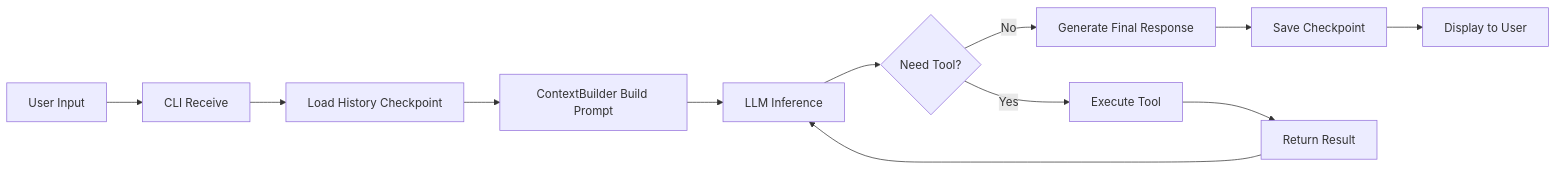
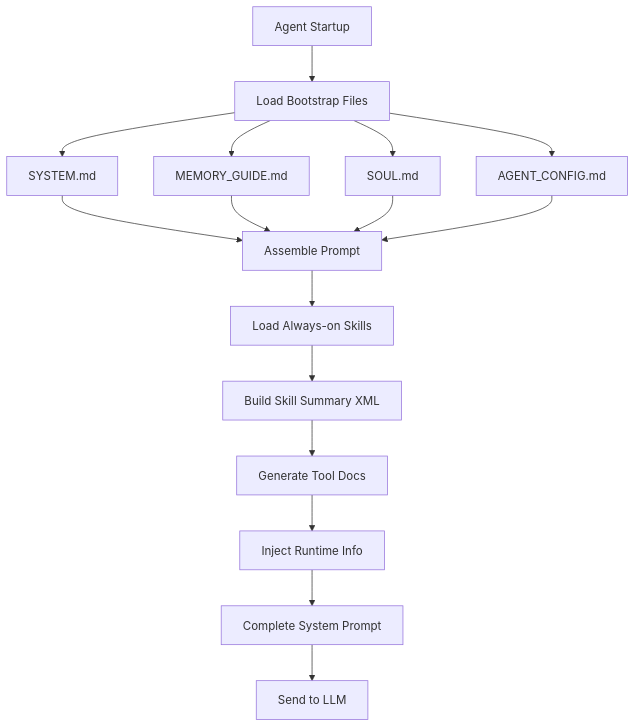
Before and after one commit to xt765/FinchBot: the third of 3 diagrams in README.md, drawn with Mermaid. The commit also changed other lines of this file and 9 other files, not shown here.

````diff
--- a/README.md
+++ b/README.md
@@ -358,14 +340,21 @@
 ```mermaid
-graph LR
-    A[User Input] --> B[CLI Receive]
-    B --> C[Load History Checkpoint]
-    C --> D[ContextBuilder Build Prompt]
-    D --> E[LLM Inference]
-    E --> F{Need Tool?}
-    F -->|No| G[Generate Final Response]
-    F -->|Yes| H[Execute Tool]
-    H --> I[Return Result]
-    I --> E
-    G --> J[Save Checkpoint]
-    J --> K[Display to User]
+flowchart TD
+    A[Agent Startup] --> B[Load Bootstrap Files]
+    B --> C[SYSTEM.md]
+    B --> D[MEMORY_GUIDE.md]
+    B --> E[SOUL.md]
+    B --> F[AGENT_CONFIG.md]
+    
+    C --> G[Assemble Prompt]
+    D --> G
+    E --> G
+    F --> G
+    
+    G --> H[Load Always-on Skills]
+    H --> I[Build Skill Summary XML]
+    I --> J[Generate Tool Docs]
+    J --> K[Inject Runtime Info]
+    K --> L[Complete System Prompt]
+    
+    L --> M[Send to LLM]
 ```
````
